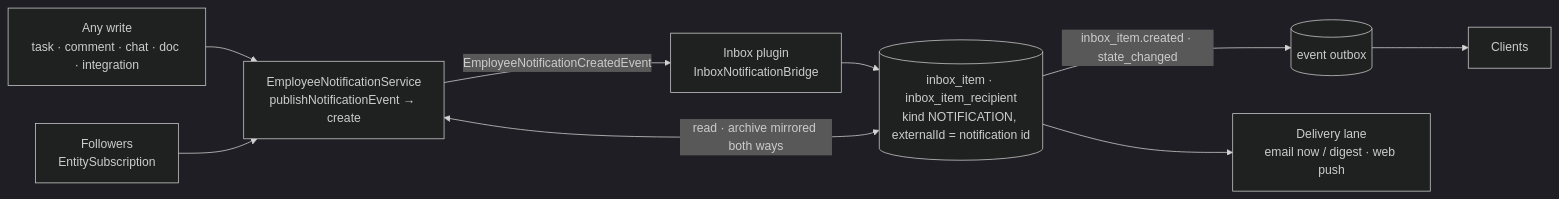
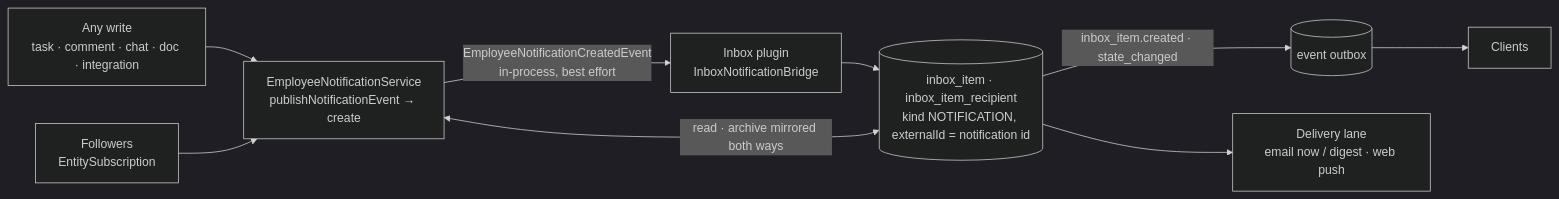
One commit to ever-co/ever-gauzy changed the diagram in docs/specs/features/inbox/plan.md. Above: the diagram before and after it, drawn with Mermaid (dark theme). The commit also changed other lines of this file and 11 other files, not shown here.

````diff
--- a/docs/specs/features/inbox/plan.md
+++ b/docs/specs/features/inbox/plan.md
@@ -16,10 +16,10 @@
 ```mermaid
 flowchart LR
     W[Any write<br/>task · comment · chat · doc · integration] --> N[EmployeeNotificationService<br/>publishNotificationEvent → create]
     F[Followers<br/>EntitySubscription] --> N
-    N -->|EmployeeNotificationCreatedEvent| B[Inbox plugin<br/>InboxNotificationBridge]
+    N -->|EmployeeNotificationCreatedEvent<br/>in-process, best effort| B[Inbox plugin<br/>InboxNotificationBridge]
     B --> I[(inbox_item · inbox_item_recipient<br/>kind NOTIFICATION, externalId = notification id)]
     I -->|inbox_item.created · state_changed| O[(event outbox)] --> C[Clients]
     I <-->|read · archive mirrored both ways| N
     I --> D[Delivery lane<br/>email now / digest · web push]
 ```
````
